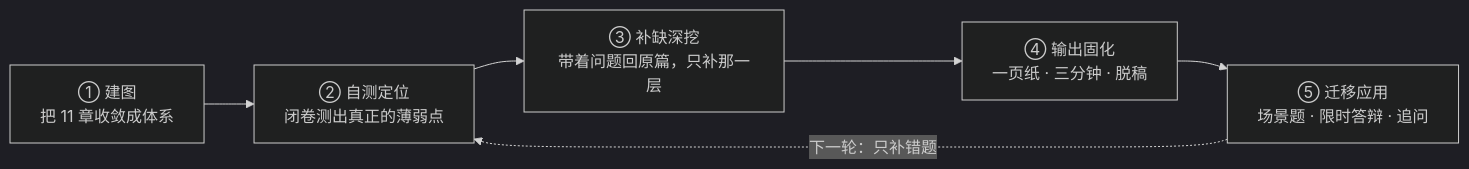
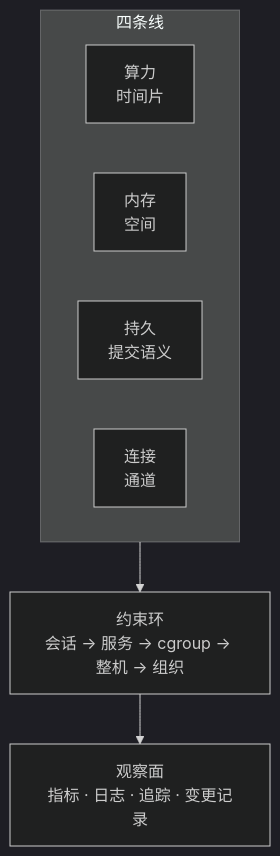
One commit to realtyz/ops-manual changed the diagram in Linux/12_复习与自测/00_导读与知识地图.md. Above: the diagram before and after it, drawn with Mermaid (dark theme). The commit also changed other lines of this file and 110 other files, not shown here.

````diff
--- a/Linux/12_复习与自测/00_导读与知识地图.md
+++ b/Linux/12_复习与自测/00_导读与知识地图.md
@@ -74,8 +20,12 @@
 ```mermaid
-flowchart LR
-  A["① 建图<br/>把 11 章收敛成体系"] --> B["② 自测定位<br/>闭卷测出真正的薄弱点"]
-  B --> C["③ 补缺深挖<br/>带着问题回原篇，只补那一层"]
-  C --> D["④ 输出固化<br/>一页纸 · 三分钟 · 脱稿"]
-  D --> E["⑤ 迁移应用<br/>场景题 · 限时答辩 · 追问"]
-  E -.->|"下一轮：只补错题"| B
+flowchart TB
+  subgraph LINES["四条线"]
+    A["算力<br/>时间片"] 
+    B["内存<br/>空间"]
+    C["持久<br/>提交语义"]
+    D["连接<br/>通道"]
+  end
+  RING["约束环<br/>会话 → 服务 → cgroup → 整机 → 组织"]
+  OBS["观察面<br/>指标 · 日志 · 追踪 · 变更记录"]
+  LINES --> RING --> OBS
 ```
````
